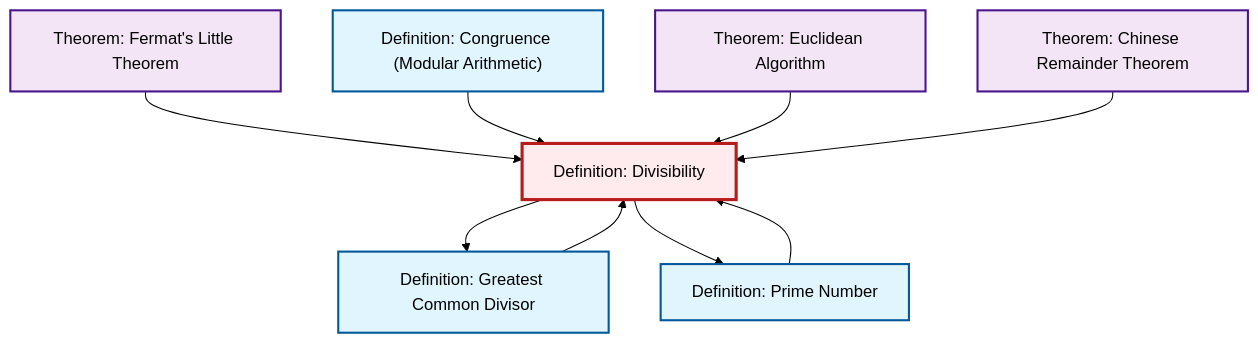
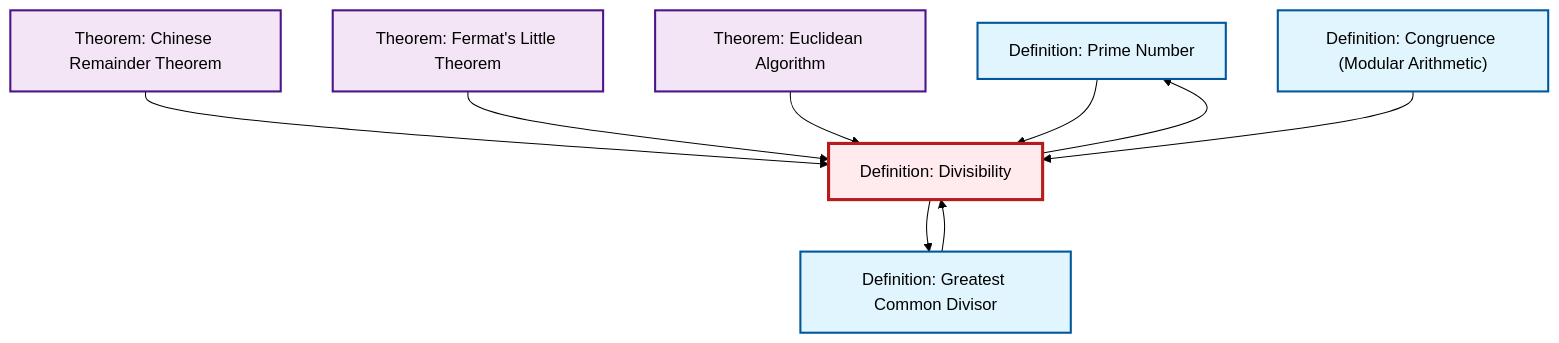
One commit to RK0429/ModernMath changed the diagram in content/ja/number-theory/def-divisibility.qmd. Above: the diagram before and after it, drawn with Mermaid (forest theme). The commit also changed other lines of this file and 554 other files, not shown here.

````diff
--- a/content/ja/number-theory/def-divisibility.qmd
+++ b/content/ja/number-theory/def-divisibility.qmd
@@ -88,31 +88,31 @@
 ```{mermaid}
 %%| fig-cap: "Local dependency graph"
 graph TD
     classDef definition fill:#e1f5fe,stroke:#01579b,stroke-width:2px
     classDef theorem fill:#f3e5f5,stroke:#4a148c,stroke-width:2px
     classDef axiom fill:#fff3e0,stroke:#e65100,stroke-width:2px
     classDef example fill:#e8f5e9,stroke:#1b5e20,stroke-width:2px
     classDef current fill:#ffebee,stroke:#b71c1c,stroke-width:3px
+    def-prime["Definition: Prime Number"]:::definition
     thm-chinese-remainder["Theorem: Chinese Remainder Theorem"]:::theorem
     def-divisibility["Definition: Divisibility"]:::definition
     thm-fermat-little["Theorem: Fermat's Little Theorem"]:::theorem
     def-congruence["Definition: Congruence (Modular Arithmetic)"]:::definition
+    thm-euclidean-algorithm["Theorem: Euclidean Algorithm"]:::theorem
     def-gcd["Definition: Greatest Common Divisor"]:::definition
-    def-prime["Definition: Prime Number"]:::definition
-    thm-euclidean-algorithm["Theorem: Euclidean Algorithm"]:::theorem
+    thm-chinese-remainder --> def-divisibility
+    def-gcd --> def-divisibility
+    def-divisibility --> def-gcd
     thm-fermat-little --> def-divisibility
     def-prime --> def-divisibility
+    thm-euclidean-algorithm --> def-divisibility
     def-congruence --> def-divisibility
-    def-gcd --> def-divisibility
-    def-divisibility --> def-gcd
     def-divisibility --> def-prime
-    thm-euclidean-algorithm --> def-divisibility
-    thm-chinese-remainder --> def-divisibility
     class def-divisibility current
+    click def-prime "def-prime.html" "Definition: Prime Numberへ"
     click thm-chinese-remainder "thm-chinese-remainder.html" "Theorem: Chinese Remainder Theoremへ"
     click thm-fermat-little "thm-fermat-little.html" "Theorem: Fermat's Little Theoremへ"
     click def-congruence "def-congruence.html" "Definition: Congruence (Modular Arithmetic)へ"
+    click thm-euclidean-algorithm "thm-euclidean-algorithm.html" "Theorem: Euclidean Algorithmへ"
     click def-gcd "def-gcd.html" "Definition: Greatest Common Divisorへ"
-    click def-prime "def-prime.html" "Definition: Prime Numberへ"
-    click thm-euclidean-algorithm "thm-euclidean-algorithm.html" "Theorem: Euclidean Algorithmへ"
 ```
````
